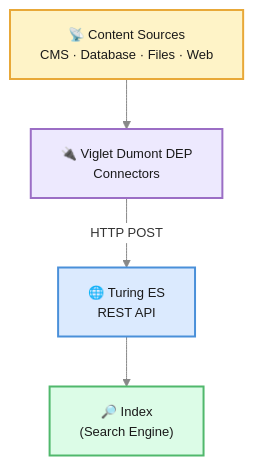
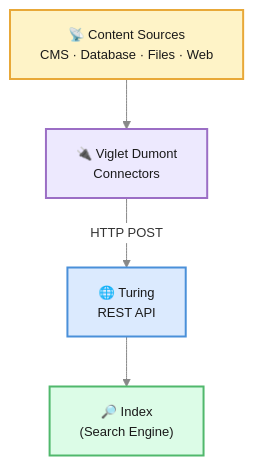
One commit to openviglet/docs changed the first of 2 diagrams in docs-turing/getting-started/core-concepts.md. Above: the diagram before and after it, drawn with Mermaid. The commit also changed other lines of this file and 157 other files, not shown here.

````diff
--- a/docs-turing/getting-started/core-concepts.md
+++ b/docs-turing/getting-started/core-concepts.md
@@ -41,22 +41,22 @@
 ```mermaid
 %%{init: {'theme': 'base', 'themeVariables': {'fontSize': '13px', 'primaryColor': '#fff', 'primaryBorderColor': '#c0c0c0', 'lineColor': '#888', 'textColor': '#333'}}}%%
 graph TB
     SRC["📡 Content Sources\nCMS · Database · Files · Web"]
-    DEP["🔌 Viglet Dumont DEP\nConnectors"]
-    TES["🌐 Turing ES\nREST API"]
+    DEP["🔌 Viglet Dumont\nConnectors"]
+    TES["🌐 Turing\nREST API"]
     IDX["🔎 Index\n(Search Engine)"]
 
     SRC --> DEP
     DEP -->|"HTTP POST"| TES
     TES --> IDX
 
     classDef blue fill:#dbeafe,stroke:#4A90D9,stroke-width:2px,color:#1a1a1a
     classDef green fill:#dcfce7,stroke:#50B86C,stroke-width:2px,color:#1a1a1a
     classDef purple fill:#ede9fe,stroke:#9B6EC5,stroke-width:2px,color:#1a1a1a
     classDef amber fill:#fef3c7,stroke:#E8A838,stroke-width:2px,color:#1a1a1a
 
     class SRC amber
     class DEP purple
     class TES blue
     class IDX green
 ```
````
